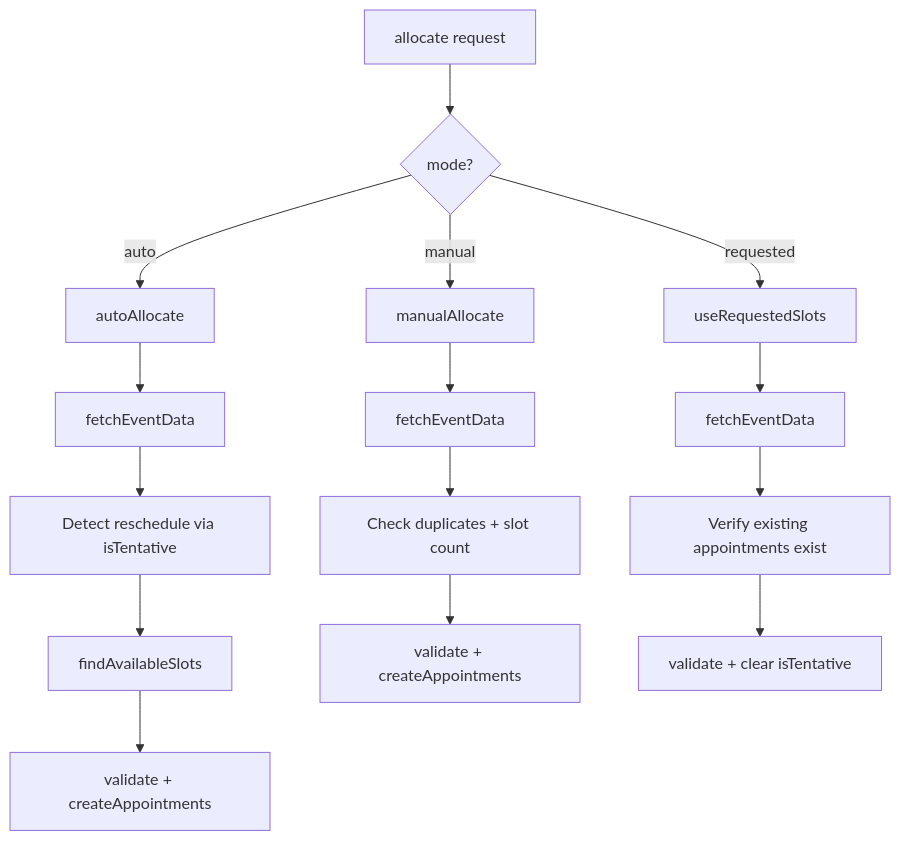
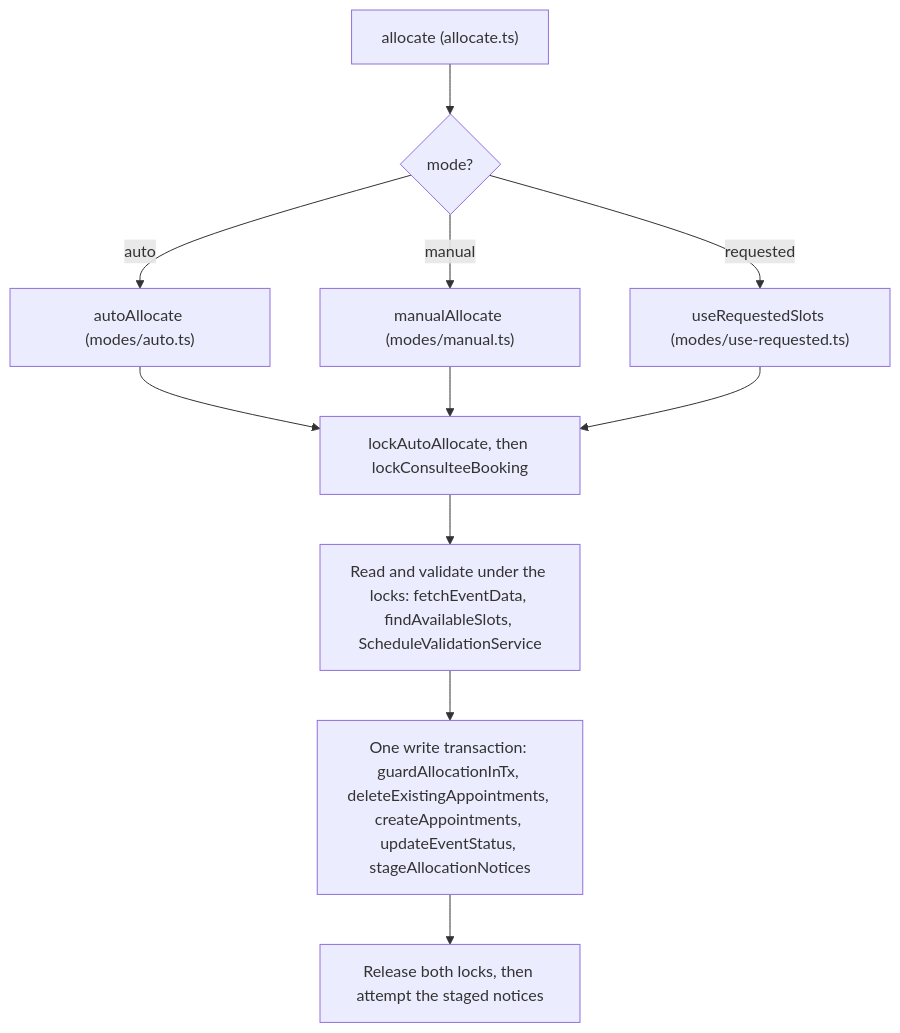
The second of 6 diagrams in docs/booking/01-architecture.md (Practitionist/familiarise_web), drawn with Mermaid before and after one commit. The commit also changed other lines of this file and 78 other files, not shown here.

First line of the commit message:
docs(booking,payments): the docs and comments follow the allocation and checkout module split

````diff
--- a/docs/booking/01-architecture.md
+++ b/docs/booking/01-architecture.md
@@ -76,20 +88,14 @@
 ```mermaid
 flowchart TD
-    A[allocate request] --> B{mode?}
-    B -->|auto| C[autoAllocate]
-    B -->|manual| D[manualAllocate]
-    B -->|requested| E[useRequestedSlots]
+    A["allocate (allocate.ts)"] --> B{mode?}
+    B -->|auto| C["autoAllocate (modes/auto.ts)"]
+    B -->|manual| D["manualAllocate (modes/manual.ts)"]
+    B -->|requested| E["useRequestedSlots (modes/use-requested.ts)"]
 
-    C --> F[fetchEventData]
-    F --> G[Detect reschedule via isTentative]
-    G --> H[findAvailableSlots]
-    H --> I[validate + createAppointments]
-
-    D --> J[fetchEventData]
-    J --> K[Check duplicates + slot count]
-    K --> L[validate + createAppointments]
-
-    E --> M[fetchEventData]
-    M --> N[Verify existing appointments exist]
-    N --> O[validate + clear isTentative]
+    C --> L["lockAutoAllocate, then lockConsulteeBooking"]
+    D --> L
+    E --> L
+    L --> R["Read and validate under the locks: fetchEventData, findAvailableSlots, ScheduleValidationService"]
+    R --> T["One write transaction: guardAllocationInTx, deleteExistingAppointments, createAppointments, updateEventStatus, stageAllocationNotices"]
+    T --> U["Release both locks, then attempt the staged notices"]
 ```
````
